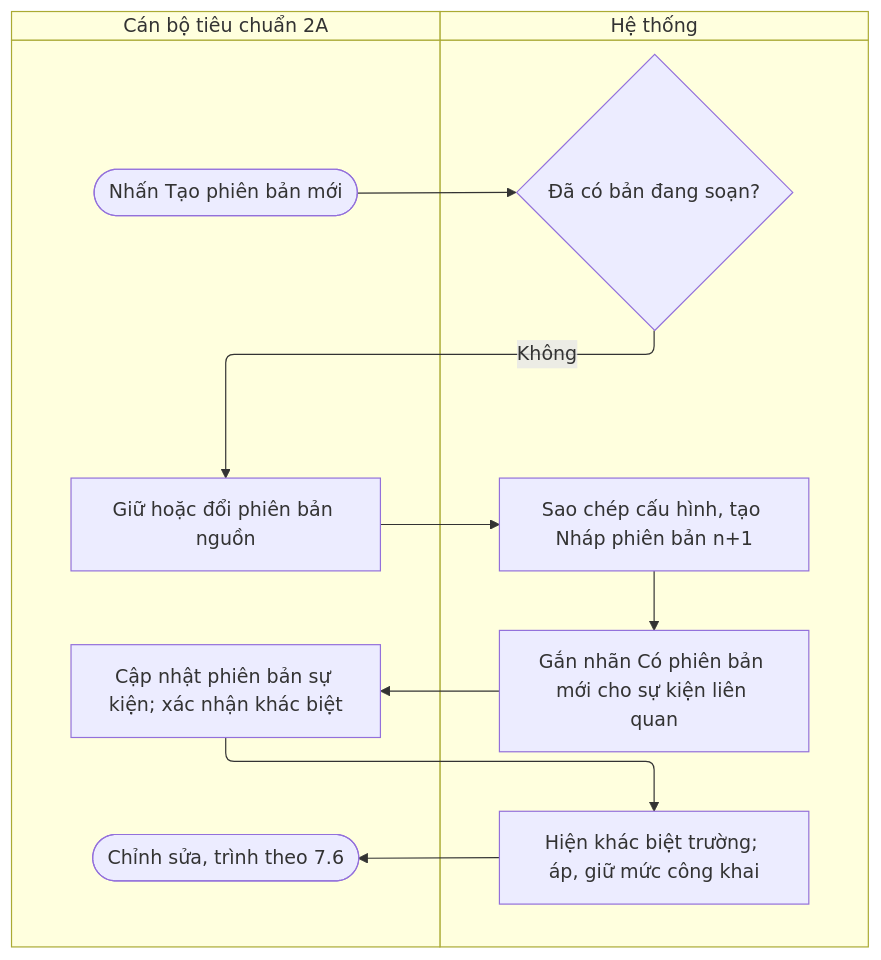
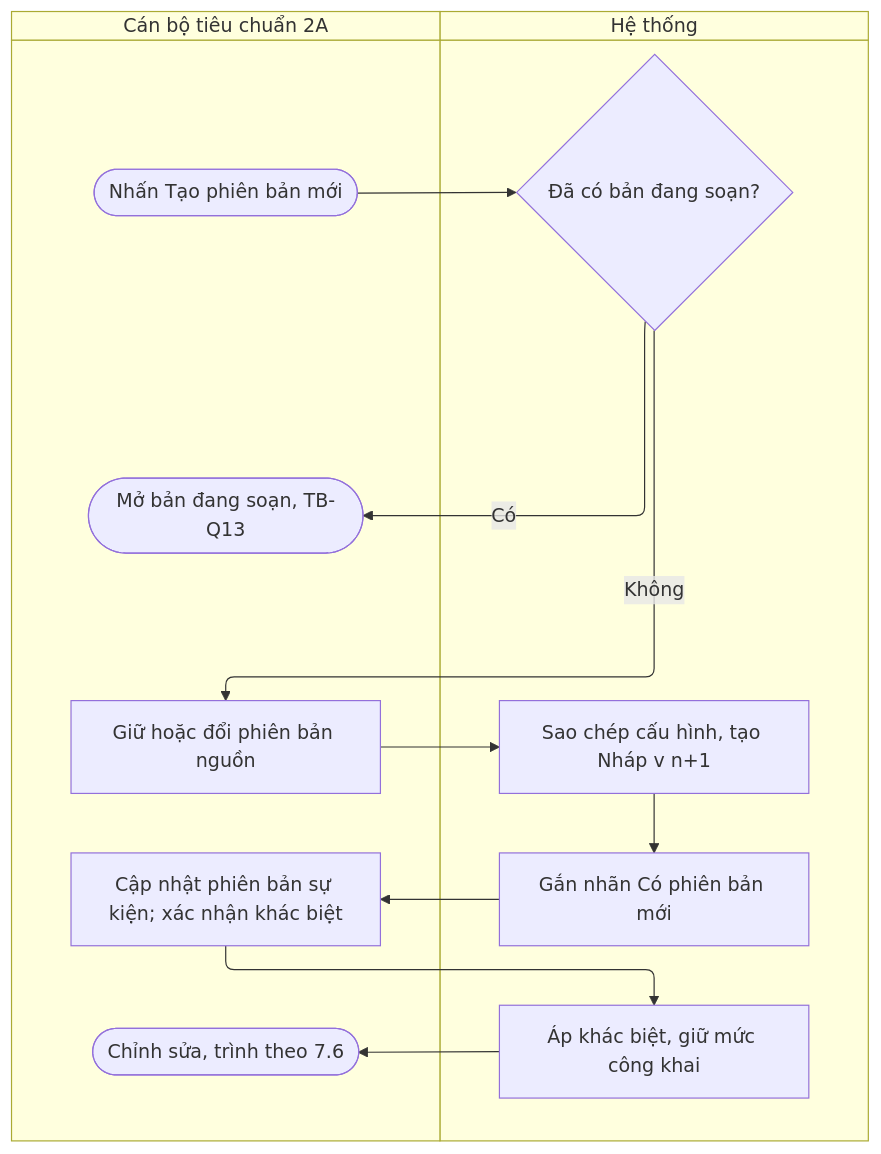
One commit to cuongnh-rd/ndatrace-attp changed the first of 2 diagrams in docs/prd/quy-trinh-tieu-chuan-txng/7.8-quan-ly-phien-ban.md. Above: the diagram before and after it, drawn with Mermaid. The commit also changed other lines of this file and 9 other files, not shown here.

````diff
--- a/docs/prd/quy-trinh-tieu-chuan-txng/7.8-quan-ly-phien-ban.md
+++ b/docs/prd/quy-trinh-tieu-chuan-txng/7.8-quan-ly-phien-ban.md
@@ -40,22 +40,24 @@
 ```mermaid
 swimlane-beta TB
   subgraph CB["Cán bộ tiêu chuẩn 2A"]
     s(["Nhấn Tạo phiên bản mới"])
+    c0(["Mở bản đang soạn, TB-Q13"])
     c1["Giữ hoặc đổi phiên bản nguồn"]
     c2["Cập nhật phiên bản sự kiện; xác nhận khác biệt"]
     e(["Chỉnh sửa, trình theo 7.6"])
   end
   subgraph HT["Hệ thống"]
     d1{"Đã có bản đang soạn?"}
-    h1["Sao chép cấu hình, tạo Nháp phiên bản n+1"]
-    h2["Gắn nhãn Có phiên bản mới cho sự kiện liên quan"]
-    h3["Hiện khác biệt trường; áp, giữ mức công khai"]
+    h1["Sao chép cấu hình, tạo Nháp v n+1"]
+    h2["Gắn nhãn Có phiên bản mới"]
+    h3["Áp khác biệt, giữ mức công khai"]
   end
   s --> d1
+  d1 -->|Có| c0
   d1 -->|Không| c1
   c1 --> h1
   h1 --> h2
   h2 --> c2
   c2 --> h3
   h3 --> e
 ```
````
